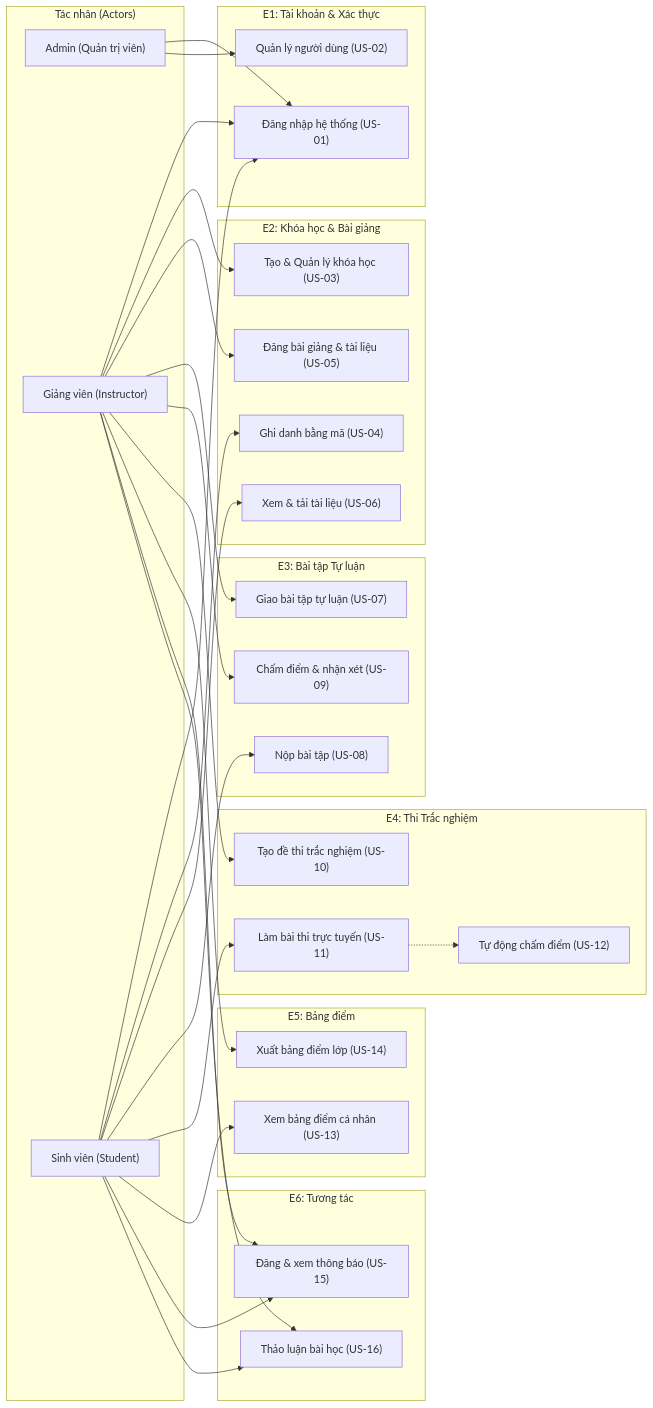
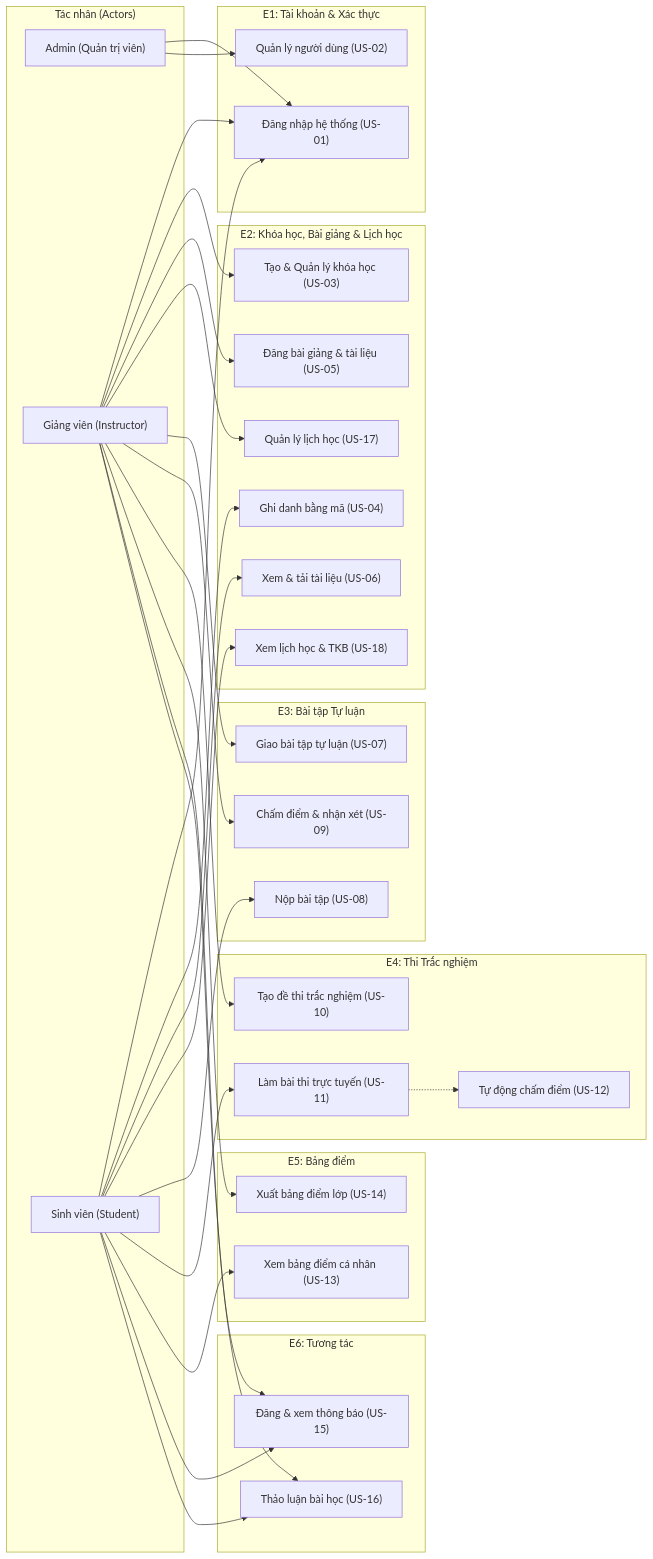
Before and after one commit to duonglam17/QuanLyHocTap: the first of 6 diagrams in docs/flows.md, drawn with Mermaid. The commit also changed 1 other file, not shown here.

Commit message:
Bo sung yeu cau chuc nang cua he thong

````diff
--- a/docs/flows.md
+++ b/docs/flows.md
@@ -11,70 +11,74 @@
 ```mermaid
 flowchart LR
     subgraph Actors["Tác nhân (Actors)"]
         Admin["Admin (Quản trị viên)"]
         GV["Giảng viên (Instructor)"]
         SV["Sinh viên (Student)"]
     end
 
     subgraph E1["E1: Tài khoản & Xác thực"]
         UC_Login["Đăng nhập hệ thống (US-01)"]
         UC_UserMgmt["Quản lý người dùng (US-02)"]
     end
 
-    subgraph E2["E2: Khóa học & Bài giảng"]
+    subgraph E2["E2: Khóa học, Bài giảng & Lịch học"]
         UC_CreateCourse["Tạo & Quản lý khóa học (US-03)"]
         UC_Enroll["Ghi danh bằng mã (US-04)"]
         UC_UploadMaterial["Đăng bài giảng & tài liệu (US-05)"]
         UC_DownloadMaterial["Xem & tải tài liệu (US-06)"]
+        UC_ManageSchedule["Quản lý lịch học (US-17)"]
+        UC_ViewSchedule["Xem lịch học & TKB (US-18)"]
     end
 
     subgraph E3["E3: Bài tập Tự luận"]
         UC_CreateAssign["Giao bài tập tự luận (US-07)"]
         UC_SubmitAssign["Nộp bài tập (US-08)"]
         UC_GradeAssign["Chấm điểm & nhận xét (US-09)"]
     end
 
     subgraph E4["E4: Thi Trắc nghiệm"]
         UC_CreateQuiz["Tạo đề thi trắc nghiệm (US-10)"]
         UC_TakeQuiz["Làm bài thi trực tuyến (US-11)"]
         UC_AutoGrade["Tự động chấm điểm (US-12)"]
     end
 
     subgraph E5["E5: Bảng điểm"]
         UC_ViewStudentGrade["Xem bảng điểm cá nhân (US-13)"]
         UC_ExportGrade["Xuất bảng điểm lớp (US-14)"]
     end
 
     subgraph E6["E6: Tương tác"]
         UC_Announce["Đăng & xem thông báo (US-15)"]
         UC_Discuss["Thảo luận bài học (US-16)"]
     end
 
     %% Admin connections
     Admin --> UC_Login
     Admin --> UC_UserMgmt
 
     %% GV connections
     GV --> UC_Login
     GV --> UC_CreateCourse
     GV --> UC_UploadMaterial
+    GV --> UC_ManageSchedule
     GV --> UC_CreateAssign
     GV --> UC_GradeAssign
     GV --> UC_CreateQuiz
     GV --> UC_ExportGrade
     GV --> UC_Announce
     GV --> UC_Discuss
 
     %% SV connections
     SV --> UC_Login
     SV --> UC_Enroll
     SV --> UC_DownloadMaterial
+    SV --> UC_ViewSchedule
     SV --> UC_SubmitAssign
     SV --> UC_TakeQuiz
     SV --> UC_ViewStudentGrade
     SV --> UC_Announce
     SV --> UC_Discuss
 
     %% System connection
     UC_TakeQuiz -.-> UC_AutoGrade
 ```
````
